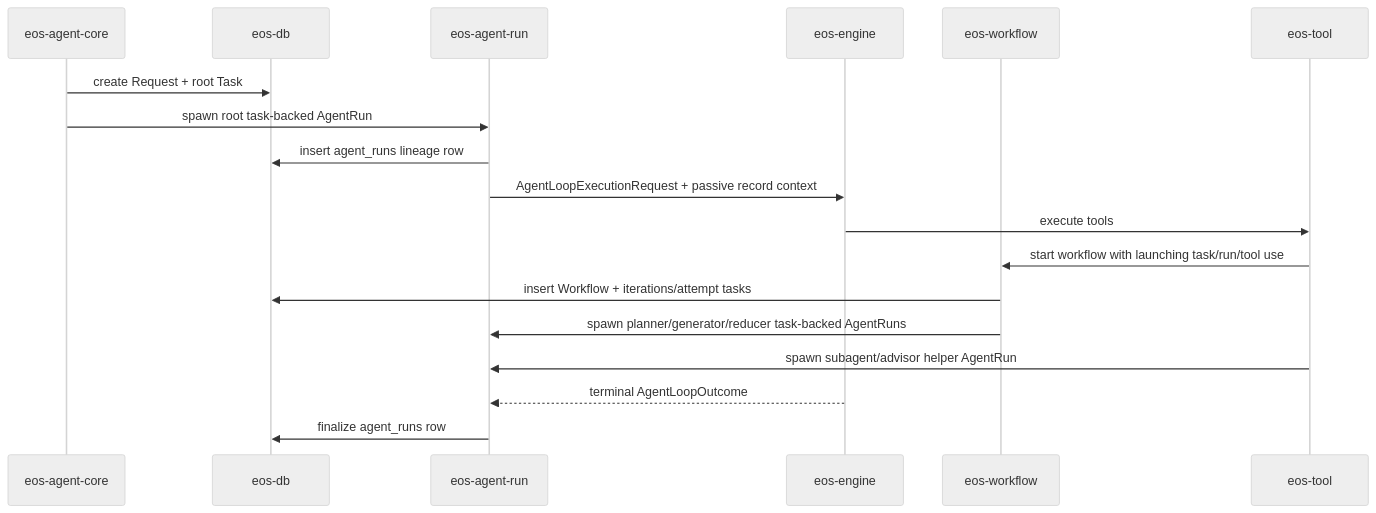
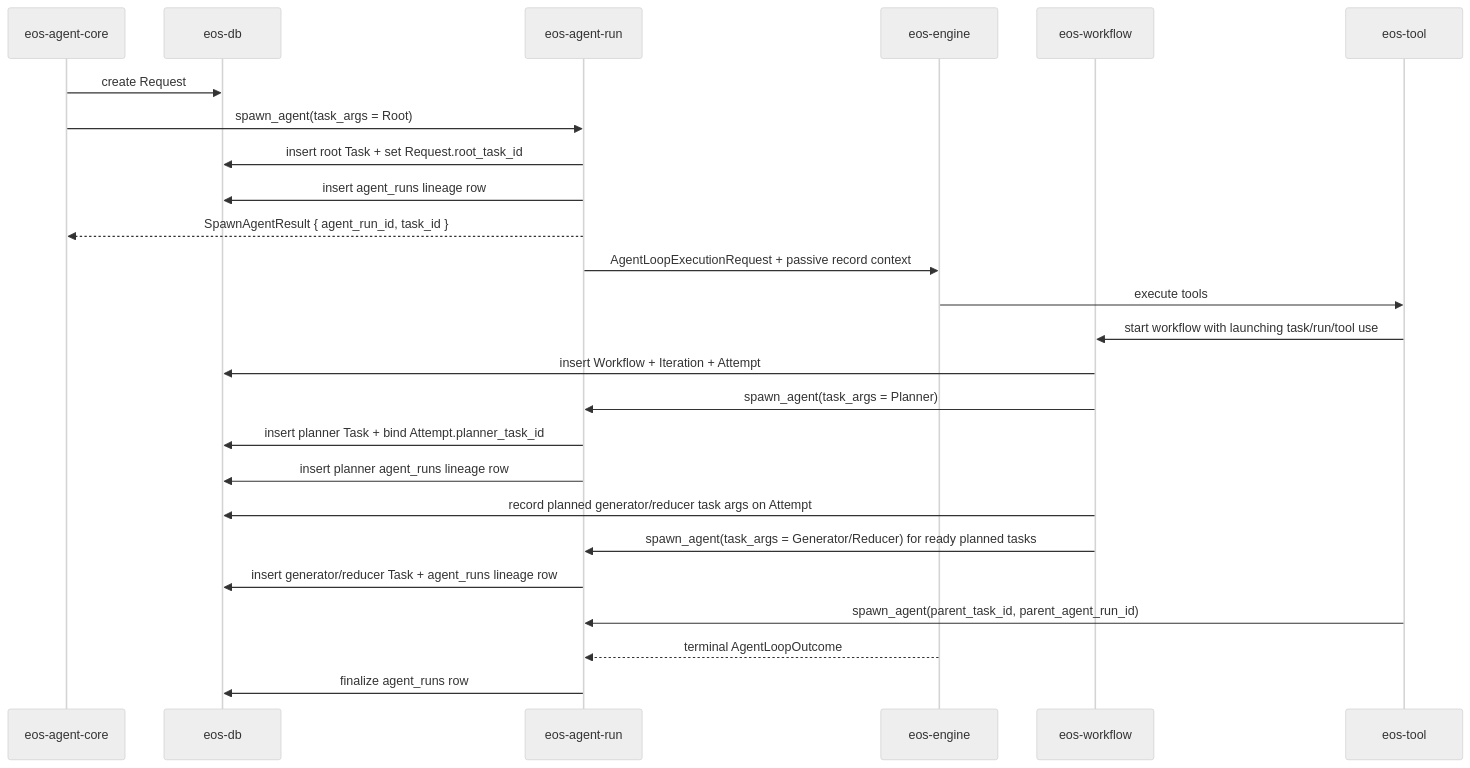
One commit to Ephemeral-AI-Lab/ephemeral-os changed the second of 2 diagrams in docs/plans/agent-core-workspace-architecture-rules/phase-03b-execution-lineage-materialization_SPEC.md. Above: the diagram before and after it, drawn with Mermaid (neutral theme). The commit also changed other lines of this file and 110 other files, not shown here.

````diff
--- a/docs/plans/agent-core-workspace-architecture-rules/phase-03b-execution-lineage-materialization_SPEC.md
+++ b/docs/plans/agent-core-workspace-architecture-rules/phase-03b-execution-lineage-materialization_SPEC.md
@@ -189,21 +184,28 @@
 ```mermaid
 sequenceDiagram
     participant Core as eos-agent-core
     participant Db as eos-db
     participant Run as eos-agent-run
     participant Engine as eos-engine
     participant Workflow as eos-workflow
     participant Tool as eos-tool
 
-    Core->>Db: create Request + root Task
-    Core->>Run: spawn root task-backed AgentRun
+    Core->>Db: create Request
+    Core->>Run: spawn_agent(task_args = Root)
+    Run->>Db: insert root Task + set Request.root_task_id
     Run->>Db: insert agent_runs lineage row
+    Run-->>Core: SpawnAgentResult { agent_run_id, task_id }
     Run->>Engine: AgentLoopExecutionRequest + passive record context
     Engine->>Tool: execute tools
     Tool->>Workflow: start workflow with launching task/run/tool use
-    Workflow->>Db: insert Workflow + iterations/attempt tasks
-    Workflow->>Run: spawn planner/generator/reducer task-backed AgentRuns
-    Tool->>Run: spawn subagent/advisor helper AgentRun
+    Workflow->>Db: insert Workflow + Iteration + Attempt
+    Workflow->>Run: spawn_agent(task_args = Planner)
+    Run->>Db: insert planner Task + bind Attempt.planner_task_id
+    Run->>Db: insert planner agent_runs lineage row
+    Workflow->>Db: record planned generator/reducer task args on Attempt
+    Workflow->>Run: spawn_agent(task_args = Generator/Reducer) for ready planned tasks
+    Run->>Db: insert generator/reducer Task + agent_runs lineage row
+    Tool->>Run: spawn_agent(parent_task_id, parent_agent_run_id)
     Engine-->>Run: terminal AgentLoopOutcome
     Run->>Db: finalize agent_runs row
 ```
````
